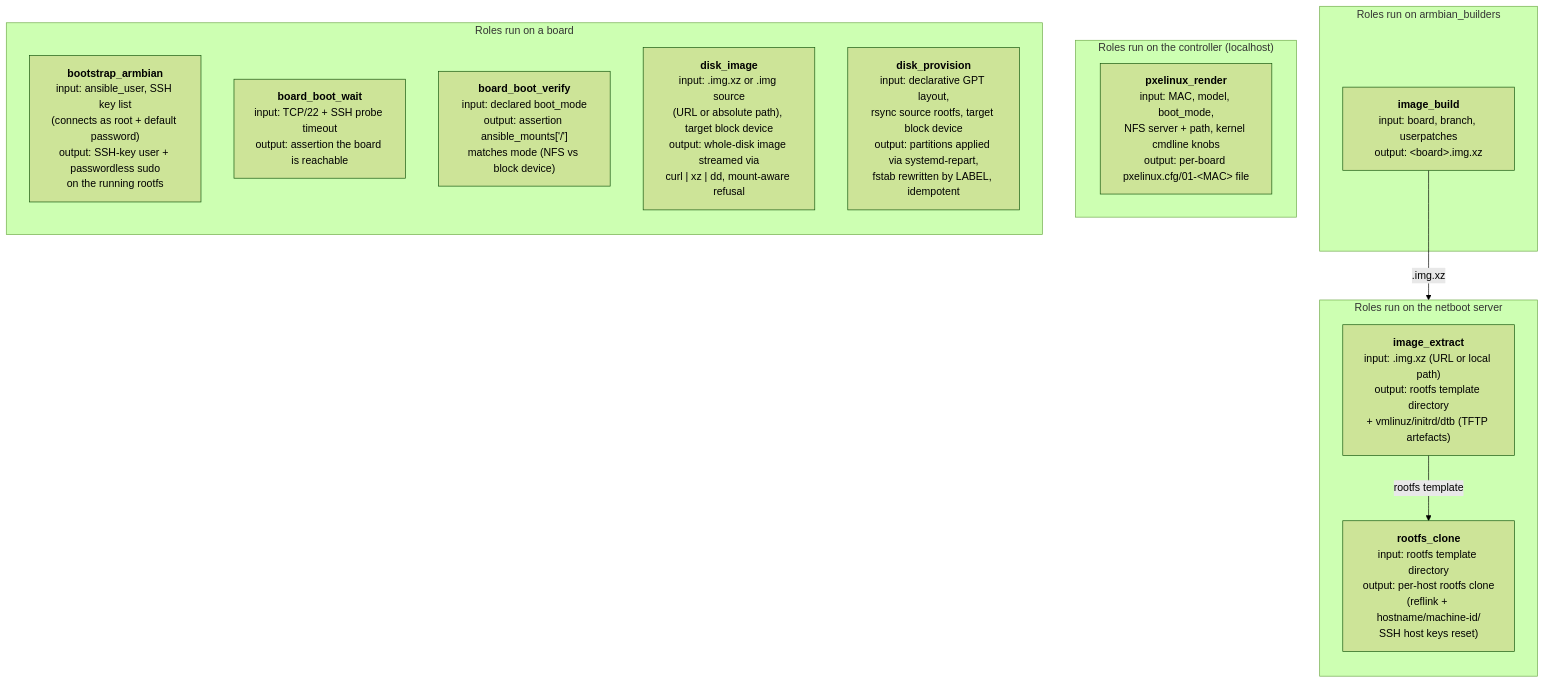
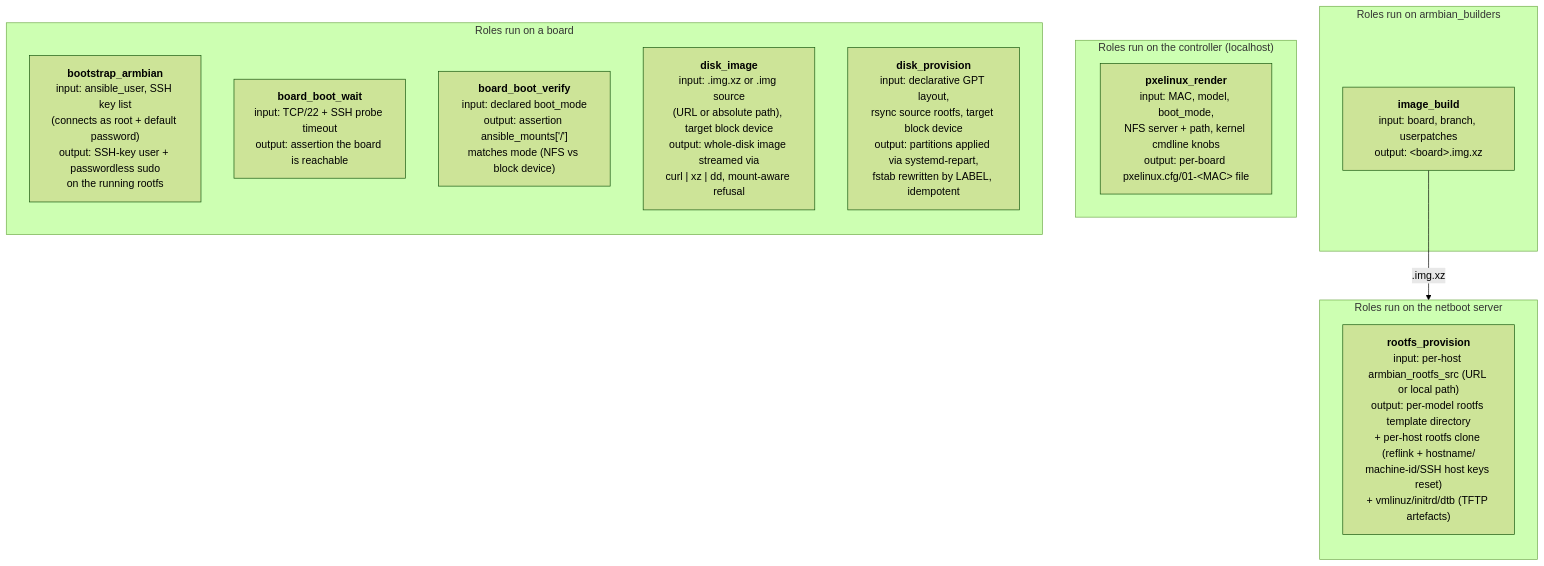
The diagram in docs/architecture.md (david-igou/ansible-collection-armbian), drawn with Mermaid (forest theme) before and after one commit. The commit also changed other lines of this file and 162 other files, not shown here.

First line of the commit message:
Per-host build + rootfs provisioning (breaking refactor) (#109)

````diff
--- a/docs/architecture.md
+++ b/docs/architecture.md
@@ -51,28 +52,26 @@
 ```mermaid
 flowchart TB
     subgraph H1["Roles run on armbian_builders"]
         R_IB["<b>image_build</b><br/>input: board, branch, userpatches<br/>output: &lt;board&gt;.img.xz"]
     end
 
     subgraph H2["Roles run on the netboot server"]
         direction TB
-        R_IE["<b>image_extract</b><br/>input: .img.xz (URL or local path)<br/>output: rootfs template directory<br/>+ vmlinuz/initrd/dtb (TFTP artefacts)"]
-        R_RC["<b>rootfs_clone</b><br/>input: rootfs template directory<br/>output: per-host rootfs clone<br/>(reflink + hostname/machine-id/<br/>SSH host keys reset)"]
+        R_RP["<b>rootfs_provision</b><br/>input: per-host armbian_rootfs_src (URL or local path)<br/>output: per-model rootfs template directory<br/>+ per-host rootfs clone (reflink + hostname/<br/>machine-id/SSH host keys reset)<br/>+ vmlinuz/initrd/dtb (TFTP artefacts)"]
     end
 
     subgraph H3["Roles run on the controller (localhost)"]
         R_PR["<b>pxelinux_render</b><br/>input: MAC, model, boot_mode,<br/>NFS server + path, kernel cmdline knobs<br/>output: per-board pxelinux.cfg/01-&lt;MAC&gt; file"]
     end
 
     subgraph H4["Roles run on a board"]
         direction TB
         R_BA["<b>bootstrap_armbian</b><br/>input: ansible_user, SSH key list<br/>(connects as root + default password)<br/>output: SSH-key user + passwordless sudo<br/>on the running rootfs"]
         R_BBW["<b>board_boot_wait</b><br/>input: TCP/22 + SSH probe timeout<br/>output: assertion the board is reachable"]
         R_BBV["<b>board_boot_verify</b><br/>input: declared boot_mode<br/>output: assertion ansible_mounts['/']<br/>matches mode (NFS vs block device)"]
         R_DI["<b>disk_image</b><br/>input: .img.xz or .img source<br/>(URL or absolute path), target block device<br/>output: whole-disk image streamed via<br/>curl | xz | dd, mount-aware refusal"]
         R_DP["<b>disk_provision</b><br/>input: declarative GPT layout,<br/>rsync source rootfs, target block device<br/>output: partitions applied via systemd-repart,<br/>fstab rewritten by LABEL, idempotent"]
     end
 
-    R_IB -- ".img.xz" --> R_IE
-    R_IE -- "rootfs template" --> R_RC
+    R_IB -- ".img.xz" --> R_RP
 ```
````
